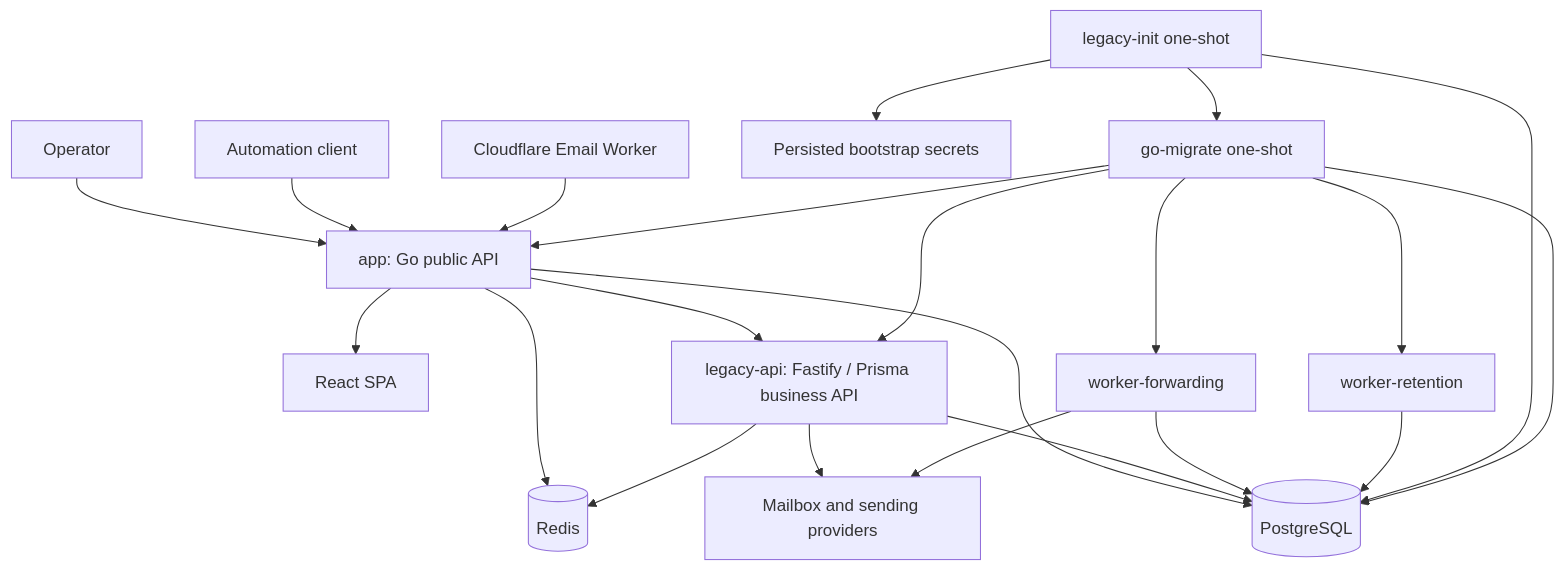
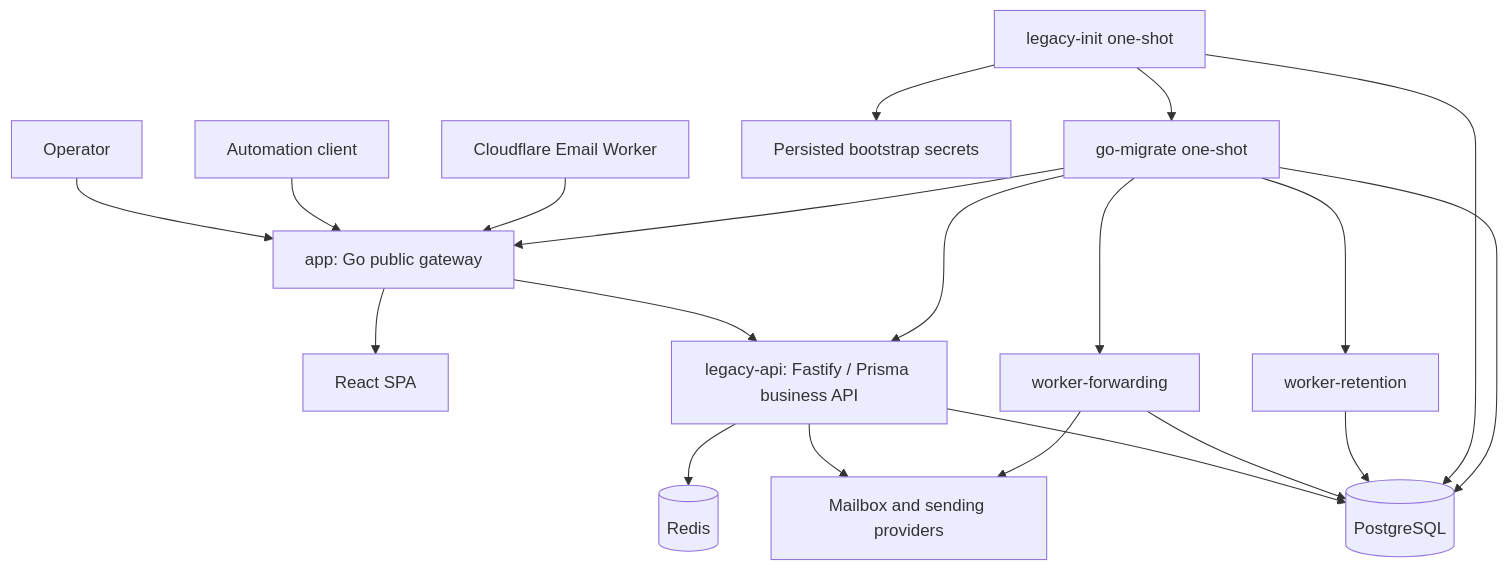
One commit to feng123-new/all-Mail changed the diagram in README.md. Above: the diagram before and after it, drawn with Mermaid. The commit also changed other lines of this file, not shown here.

````diff
--- a/README.md
+++ b/README.md
@@ -39,28 +39,26 @@
 ```mermaid
 flowchart TD
-    Operator[Operator] --> GoAPI[app: Go public API]
+    Operator[Operator] --> GoAPI[app: Go public gateway]
     Automation[Automation client] --> GoAPI
     Edge[Cloudflare Email Worker] --> GoAPI
 
     GoAPI --> SPA[React SPA]
     GoAPI --> Legacy[legacy-api: Fastify / Prisma business API]
-    GoAPI --> Postgres[(PostgreSQL)]
-    GoAPI --> Redis[(Redis)]
 
-    Legacy --> Postgres
-    Legacy --> Redis
+    Legacy --> Postgres[(PostgreSQL)]
+    Legacy --> Redis[(Redis)]
     Legacy --> Providers[Mailbox and sending providers]
 
     Forwarding[worker-forwarding] --> Postgres
     Forwarding --> Providers
     Retention[worker-retention] --> Postgres
 
     LegacyInit[legacy-init one-shot] --> Postgres
     LegacyInit --> Secrets[Persisted bootstrap secrets]
     GoMigrate[go-migrate one-shot] --> Postgres
     LegacyInit --> GoMigrate
     GoMigrate --> Legacy
     GoMigrate --> GoAPI
     GoMigrate --> Forwarding
     GoMigrate --> Retention
 ```
````
